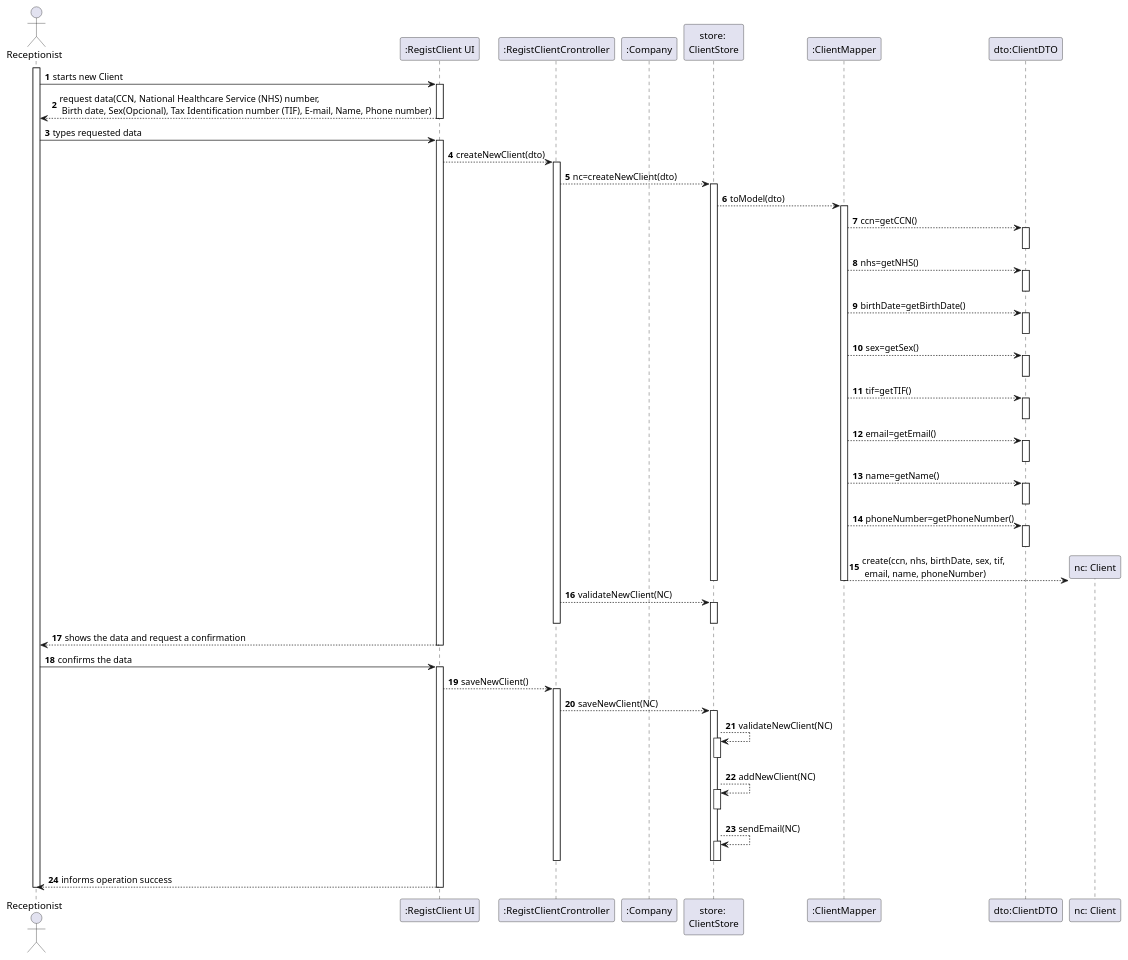
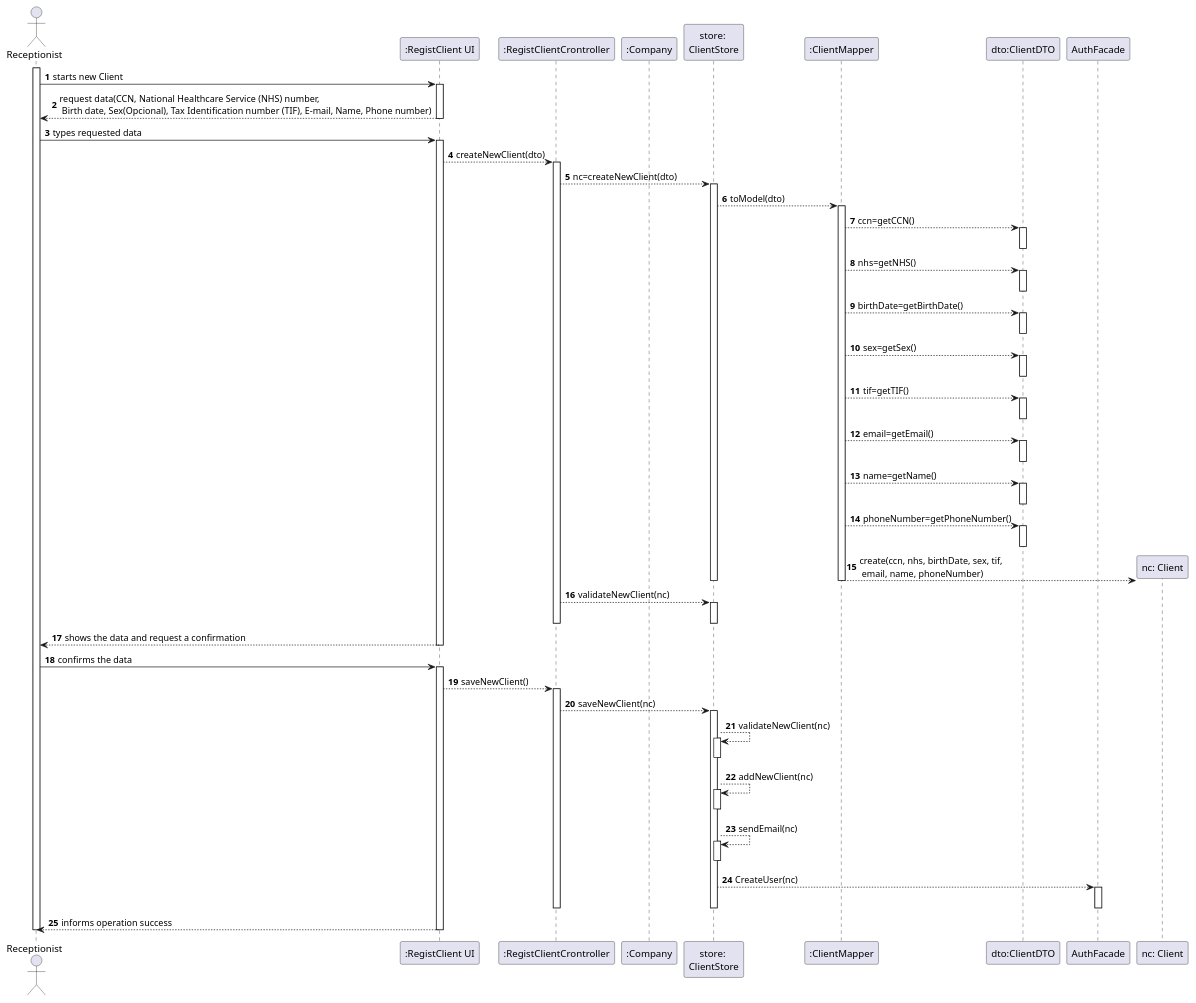
One commit to Pedromaia26/LAPR2-ISEP changed the diagram in docs/SprintB/US3_RegisterClient/US003_SD.puml. Above: the diagram before and after it, drawn with PlantUML.

Commit message:
US003_SD.puml edited online with Bitbucket

```diff
--- a/docs/SprintB/US3_RegisterClient/US003_SD.puml
+++ b/docs/SprintB/US3_RegisterClient/US003_SD.puml
@@ -1,99 +1,103 @@
 @startuml
 actor Receptionist as Adm
 participant ":RegistClient UI" as System
 participant ":RegistClientCrontroller" as RCC
 participant ":Company" as ML
 participant "store: \nClientStore" as CS
 participant ":ClientMapper" as cm
 participant "dto:ClientDTO" as cdto
+participant "AuthFacade" as AF
 
 
 
 autonumber
 activate Adm
 Adm -> System: starts new Client
 activate System
 
 
 System --> Adm: request data(CCN, National Healthcare Service (NHS) number,\n Birth date, Sex(Opcional), Tax Identification number (TIF), E-mail, Name, Phone number)
 deactivate System
 
 
 
 
 Adm -> System: types requested data
 activate System
 System-->RCC: createNewClient(dto)
 activate RCC
 RCC-->CS: nc=createNewClient(dto)
 activate CS
 
 
 CS-->cm: toModel(dto)
 activate cm
 cm-->cdto: ccn=getCCN()
 activate cdto
 deactivate cdto
 cm-->cdto: nhs=getNHS()
 activate cdto
 deactivate cdto
 cm-->cdto: birthDate=getBirthDate()
 activate cdto
 deactivate cdto
 cm-->cdto: sex=getSex()
 activate cdto
 deactivate cdto
 cm-->cdto: tif=getTIF()
 activate cdto
 deactivate cdto
 cm-->cdto: email=getEmail()
 activate cdto
 deactivate cdto
 cm-->cdto: name=getName()
 activate cdto
 deactivate cdto
 cm-->cdto: phoneNumber=getPhoneNumber()
 activate cdto
 deactivate cdto
 
 
 create "nc: Client" as NC
 cm-->NC:  create(ccn, nhs, birthDate, sex, tif,\n email, name, phoneNumber)
 
 
 
 deactivate cm
 deactivate CS
 
-RCC-->CS:validateNewClient(NC)
+RCC-->CS:validateNewClient(nc)
 Activate CS
 deactivate CS
 
 deactivate RCC
 
 System --> Adm: shows the data and request a confirmation
 deactivate System
 
 
 Adm -> System: confirms the data
 activate System
 System-->RCC: saveNewClient()
 activate RCC
-RCC-->CS:saveNewClient(NC)
+RCC-->CS:saveNewClient(nc)
 activate CS
-CS-->CS:validateNewClient(NC)
+CS-->CS:validateNewClient(nc)
 activate CS
 deactivate CS
-CS-->CS:addNewClient(NC)
+CS-->CS:addNewClient(nc)
 activate CS
 deactivate CS
-CS-->CS:sendEmail(NC)
+CS-->CS:sendEmail(nc)
 activate CS
 deactivate CS
+CS-->AF:CreateUser(nc)
+activate AF
+deactivate AF
 deactivate CS
 deactivate ML
 deactivate RCC
 System --> Adm: informs operation success
 deactivate System
 deactivate Adm
 @enduml
```
